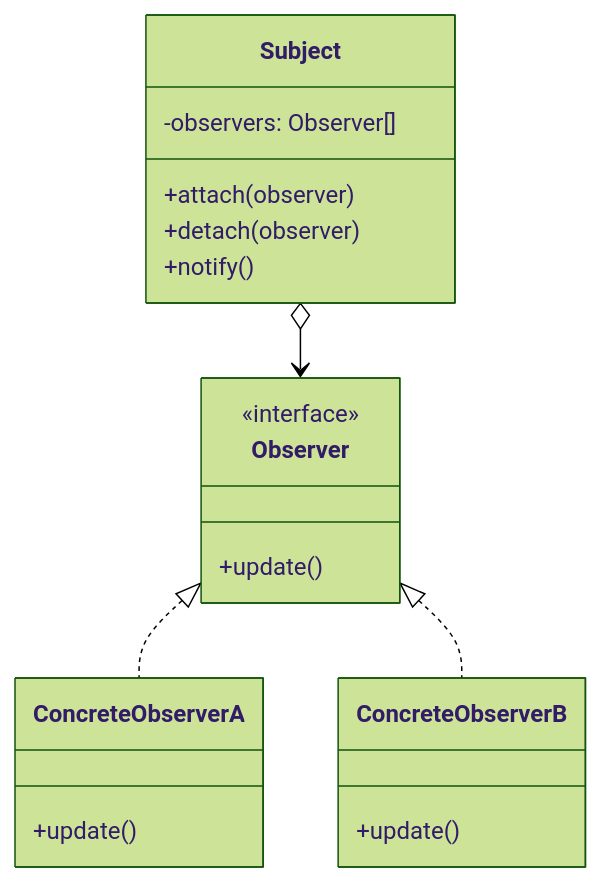
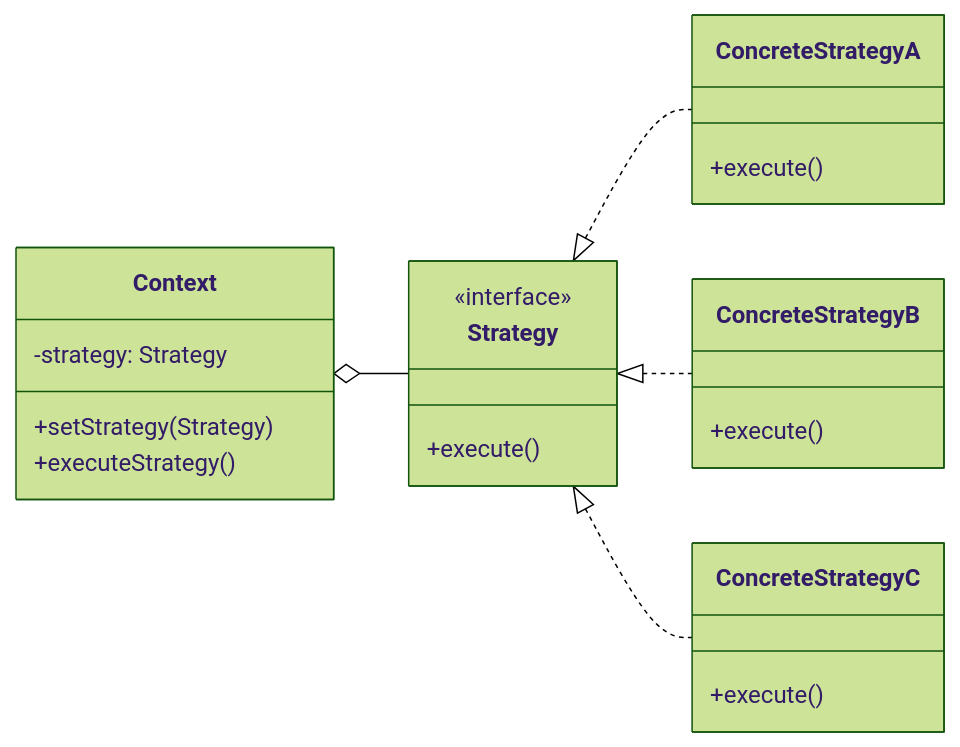
The ninth of 13 diagrams in courses/DesignPattern/slides.md (Maus3rSR/K.School), drawn with Mermaid (forest theme) before and after one commit. The commit also changed other lines of this file and 3 other files, not shown here.

````diff
--- a/courses/DesignPattern/slides.md
+++ b/courses/DesignPattern/slides.md
@@ -784,23 +1788,27 @@
-```mermaid
+```mermaid {scale: 0.6}
 classDiagram
-    class Subject {
-        -observers: Observer[]
-        +attach(observer)
-        +detach(observer)
-        +notify()
+    direction LR
+    class Context {
+        -strategy: Strategy
+        +setStrategy(Strategy)
+        +executeStrategy()
     }
-    class Observer {
+    class Strategy {
         <<interface>>
-        +update()
+        +execute()
     }
-    class ConcreteObserverA {
-        +update()
+    class ConcreteStrategyA {
+        +execute()
     }
-    class ConcreteObserverB {
-        +update()
+    class ConcreteStrategyB {
+        +execute()
+    }
+    class ConcreteStrategyC {
+        +execute()
     }
     
-    Subject o--> Observer
-    Observer <|.. ConcreteObserverA
-    Observer <|.. ConcreteObserverB
+    Context o-- Strategy
+    Strategy <|.. ConcreteStrategyA
+    Strategy <|.. ConcreteStrategyB
+    Strategy <|.. ConcreteStrategyC
 ```
````
